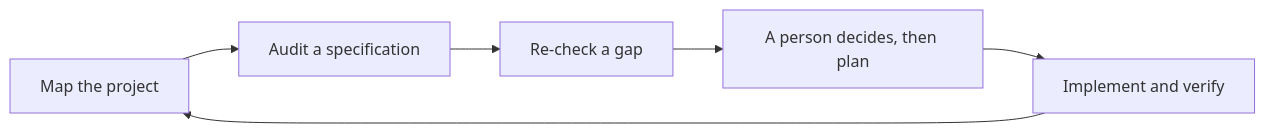
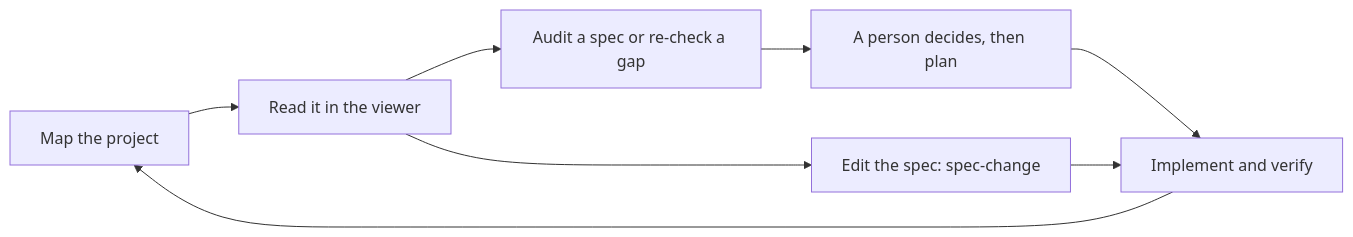
The diagram in README.md (WorldStoryCm/project-spec-skills), drawn with Mermaid before and after one commit. The commit also changed other lines of this file and 18 other files, not shown here.

````diff
--- a/README.md
+++ b/README.md
@@ -26,8 +28,10 @@
 ```mermaid
 flowchart LR
-  A[Map the project] --> B[Audit a specification]
-  B --> C[Re-check a gap]
+  A[Map the project] --> B[Read it in the viewer]
+  B --> C[Audit a spec or re-check a gap]
   C --> D[A person decides, then plan]
-  D --> E[Implement and verify]
-  E --> A
+  B --> E[Edit the spec: spec-change]
+  D --> F[Implement and verify]
+  E --> F
+  F --> A
 ```
````
